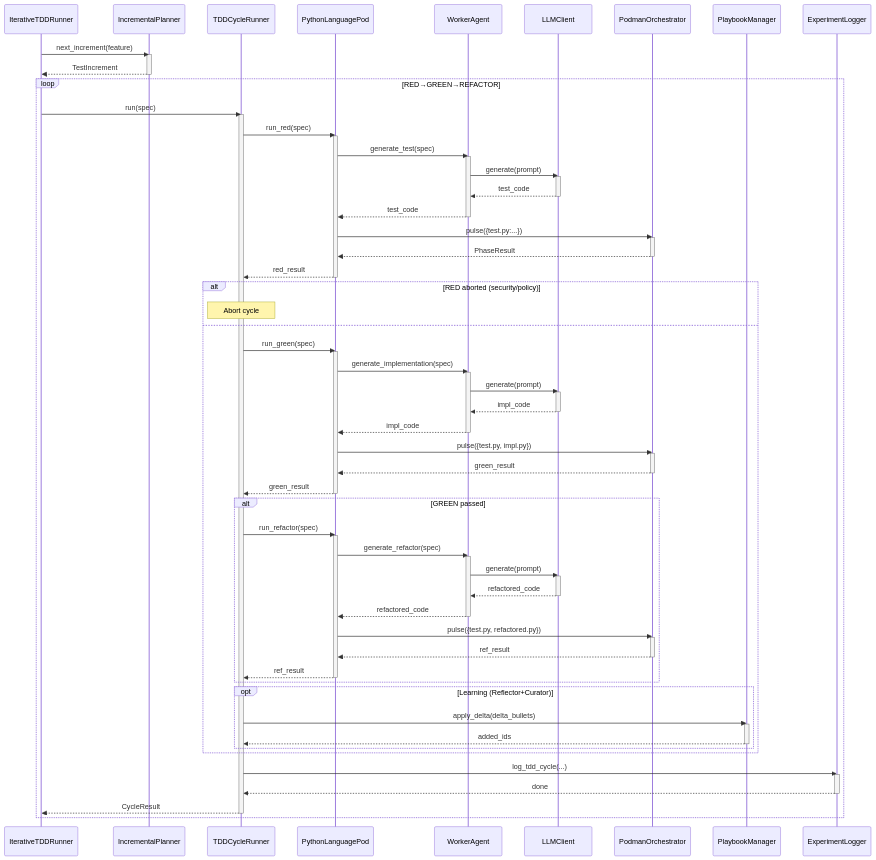
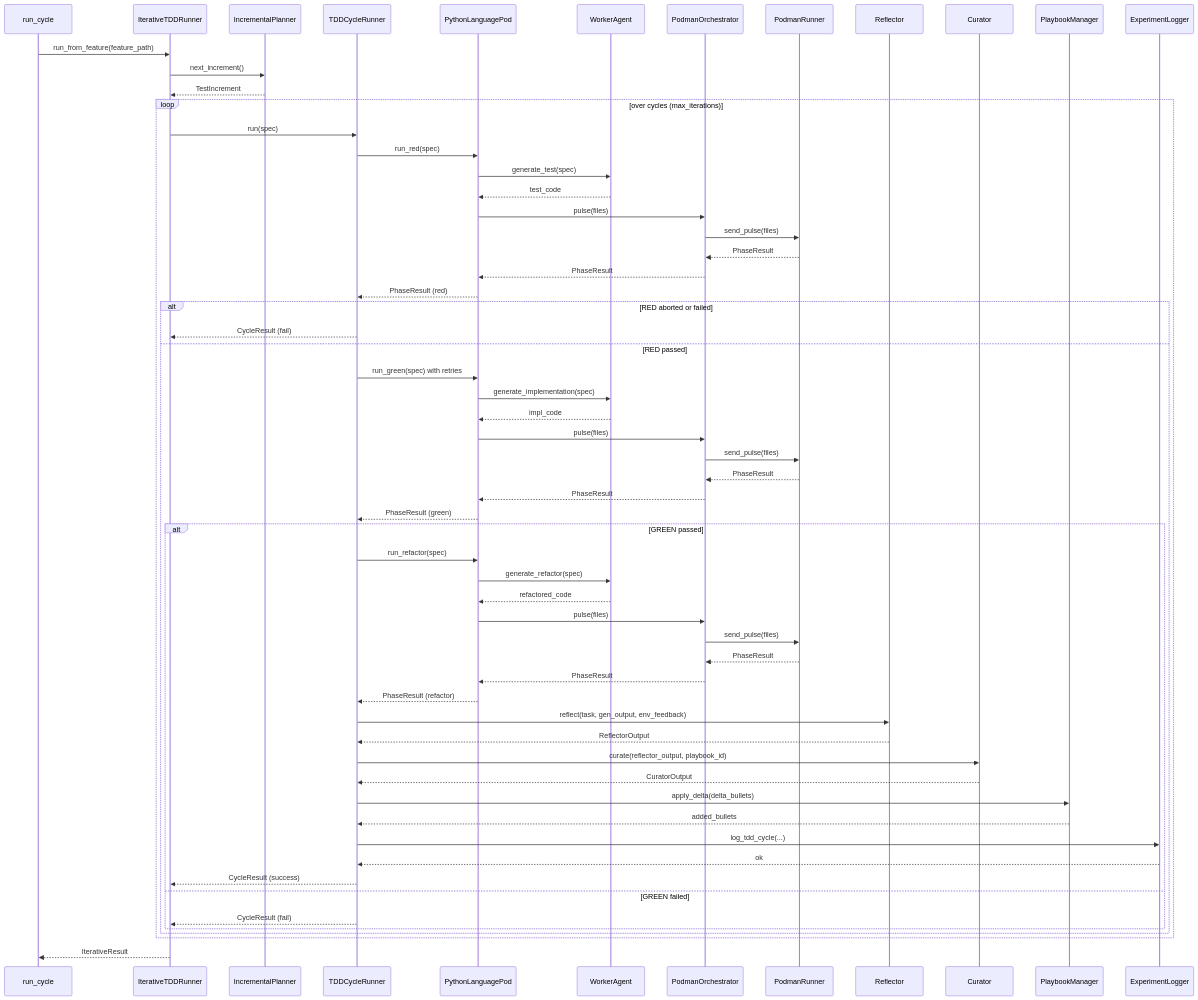
The diagram in docs/SYSTEM_ARCHITECTURE.md (carlhuxley/ace_enterprise), drawn with Mermaid before and after one commit. The commit also changed other lines of this file and 2 other files, not shown here.

Commit message:
Remove incorrect issue #70 references from 92af04e's comments
92af04e guessed "#70" as a placeholder issue number for its own
(never actually filed) tracking issue before it existed. #70 has since
been filed for something else entirely (the batch-path scaffolding
follow-up) -- these comments were misleadingly pointing at the wrong
issue. See the clarifying comment on #70 itself.

````diff
--- a/docs/SYSTEM_ARCHITECTURE.md
+++ b/docs/SYSTEM_ARCHITECTURE.md
@@ -39,94 +43,64 @@
 ```mermaid
 sequenceDiagram
-    participant Runner as IterativeTDDRunner
-    participant Planner as IncrementalPlanner
-    participant Cycle as TDDCycleRunner
-    participant Pod as PythonLanguagePod
-    participant Worker as WorkerAgent
-    participant LLM as LLMClient
-    participant Container as PodmanOrchestrator
-    participant Playbook as PlaybookManager
-    participant Logger as ExperimentLogger
+    participant run_cycle as run_cycle
+    participant IterativeTDDRunner as IterativeTDDRunner
+    participant IncrementalPlanner as IncrementalPlanner
+    participant TDDCycleRunner as TDDCycleRunner
+    participant PythonLanguagePod as PythonLanguagePod
+    participant WorkerAgent as WorkerAgent
+    participant PodmanOrchestrator as PodmanOrchestrator
+    participant PodmanRunner as PodmanRunner
+    participant Reflector as Reflector
+    participant Curator as Curator
+    participant PlaybookManager as PlaybookManager
+    participant ExperimentLogger as ExperimentLogger
 
-    Runner->>Planner: next_increment(feature)
-    activate Planner
-    Planner-->>Runner: TestIncrement
-    deactivate Planner
-
-    loop RED→GREEN→REFACTOR
-        Runner->>Cycle: run(spec)
-        activate Cycle
-
-        Cycle->>Pod: run_red(spec)
-        activate Pod
-        Pod->>Worker: generate_test(spec)
-        activate Worker
-        Worker->>LLM: generate(prompt)
-        activate LLM
-        LLM-->>Worker: test_code
-        deactivate LLM
-        Worker-->>Pod: test_code
-        deactivate Worker
-        Pod->>Container: pulse({test.py:...})
-        activate Container
-        Container-->>Pod: PhaseResult
-        deactivate Container
-        Pod-->>Cycle: red_result
-        deactivate Pod
-
-        alt RED aborted (security/policy)
-            Note over Cycle: Abort cycle
-        else
-            Cycle->>Pod: run_green(spec)
-            activate Pod
-            Pod->>Worker: generate_implementation(spec)
-            activate Worker
-            Worker->>LLM: generate(prompt)
-            activate LLM
-            LLM-->>Worker: impl_code
-            deactivate LLM
-            Worker-->>Pod: impl_code
-            deactivate Worker
-            Pod->>Container: pulse({test.py, impl.py})
-            activate Container
-            Container-->>Pod: green_result
-            deactivate Container
-            Pod-->>Cycle: green_result
-            deactivate Pod
-
+    run_cycle->>IterativeTDDRunner: run_from_feature(feature_path)
+    IterativeTDDRunner->>IncrementalPlanner: next_increment()
+    IncrementalPlanner-->>IterativeTDDRunner: TestIncrement
+    loop over cycles (max_iterations)
+        IterativeTDDRunner->>TDDCycleRunner: run(spec)
+        TDDCycleRunner->>PythonLanguagePod: run_red(spec)
+        PythonLanguagePod->>WorkerAgent: generate_test(spec)
+        WorkerAgent-->>PythonLanguagePod: test_code
+        PythonLanguagePod->>PodmanOrchestrator: pulse(files)
+        PodmanOrchestrator->>PodmanRunner: send_pulse(files)
+        PodmanRunner-->>PodmanOrchestrator: PhaseResult
+        PodmanOrchestrator-->>PythonLanguagePod: PhaseResult
+        PythonLanguagePod-->>TDDCycleRunner: PhaseResult (red)
+        alt RED aborted or failed
+            TDDCycleRunner-->>IterativeTDDRunner: CycleResult (fail)
+        else RED passed
+            TDDCycleRunner->>PythonLanguagePod: run_green(spec) with retries
+            PythonLanguagePod->>WorkerAgent: generate_implementation(spec)
+            WorkerAgent-->>PythonLanguagePod: impl_code
+            PythonLanguagePod->>PodmanOrchestrator: pulse(files)
+            PodmanOrchestrator->>PodmanRunner: send_pulse(files)
+            PodmanRunner-->>PodmanOrchestrator: PhaseResult
+            PodmanOrchestrator-->>PythonLanguagePod: PhaseResult
+            PythonLanguagePod-->>TDDCycleRunner: PhaseResult (green)
             alt GREEN passed
-                Cycle->>Pod: run_refactor(spec)
-                activate Pod
-                Pod->>Worker: generate_refactor(spec)
-                activate Worker
-                Worker->>LLM: generate(prompt)
-                activate LLM
-                LLM-->>Worker: refactored_code
-                deactivate LLM
-                Worker-->>Pod: refactored_code
-                deactivate Worker
-                Pod->>Container: pulse({test.py, refactored.py})
-                activate Container
-                Container-->>Pod: ref_result
-                deactivate Container
-                Pod-->>Cycle: ref_result
-                deactivate Pod
-            end
-
-            opt Learning (Reflector+Curator)
-                Cycle->>Playbook: apply_delta(delta_bullets)
-                activate Playbook
-                Playbook-->>Cycle: added_ids
-                deactivate Playbook
+                TDDCycleRunner->>PythonLanguagePod: run_refactor(spec)
+                PythonLanguagePod->>WorkerAgent: generate_refactor(spec)
+                WorkerAgent-->>PythonLanguagePod: refactored_code
+                PythonLanguagePod->>PodmanOrchestrator: pulse(files)
+                PodmanOrchestrator->>PodmanRunner: send_pulse(files)
+                PodmanRunner-->>PodmanOrchestrator: PhaseResult
+                PodmanOrchestrator-->>PythonLanguagePod: PhaseResult
+                PythonLanguagePod-->>TDDCycleRunner: PhaseResult (refactor)
+                TDDCycleRunner->>Reflector: reflect(task, gen_output, env_feedback)
+                Reflector-->>TDDCycleRunner: ReflectorOutput
+                TDDCycleRunner->>Curator: curate(reflector_output, playbook_id)
+                Curator-->>TDDCycleRunner: CuratorOutput
+                TDDCycleRunner->>PlaybookManager: apply_delta(delta_bullets)
+                PlaybookManager-->>TDDCycleRunner: added_bullets
+                TDDCycleRunner->>ExperimentLogger: log_tdd_cycle(...)
+                ExperimentLogger-->>TDDCycleRunner: ok
+                TDDCycleRunner-->>IterativeTDDRunner: CycleResult (success)
+            else GREEN failed
+                TDDCycleRunner-->>IterativeTDDRunner: CycleResult (fail)
             end
         end
-
-        Cycle->>Logger: log_tdd_cycle(...)
-        activate Logger
-        Logger-->>Cycle: done
-        deactivate Logger
-
-        Cycle-->>Runner: CycleResult
-        deactivate Cycle
     end
+    IterativeTDDRunner-->>run_cycle: IterativeResult
 ```
````
